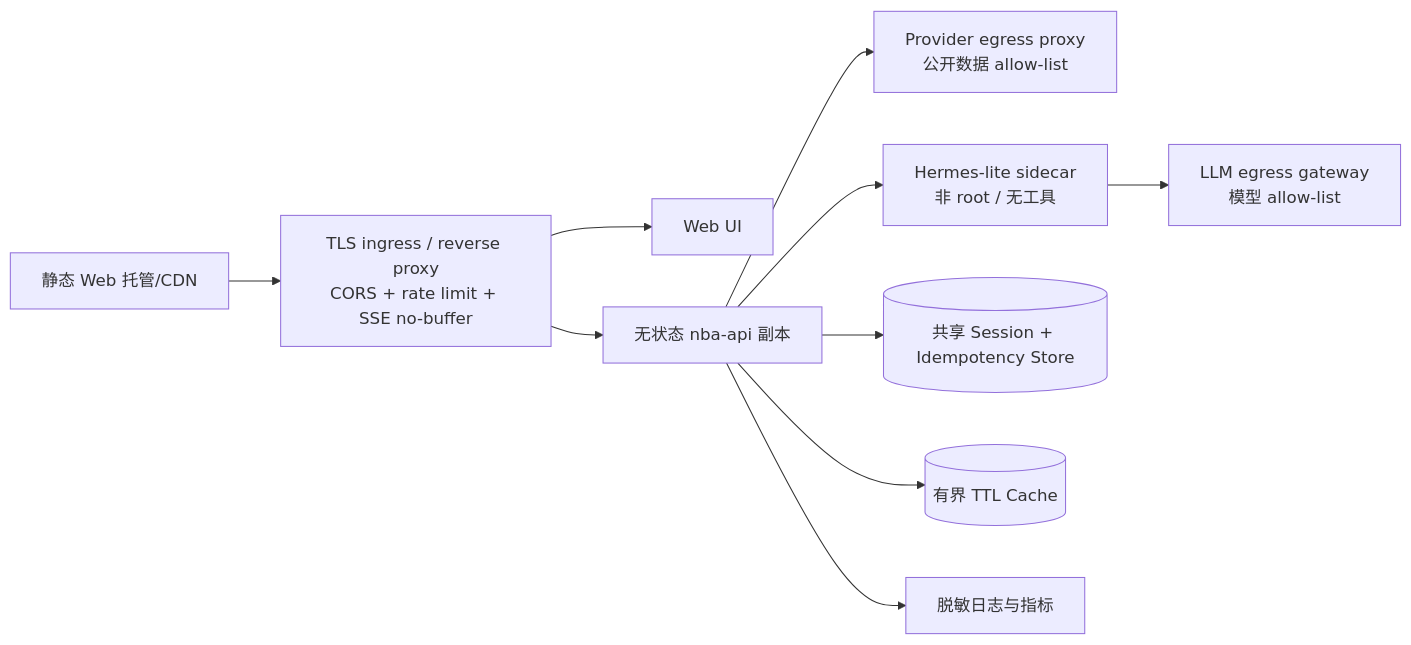
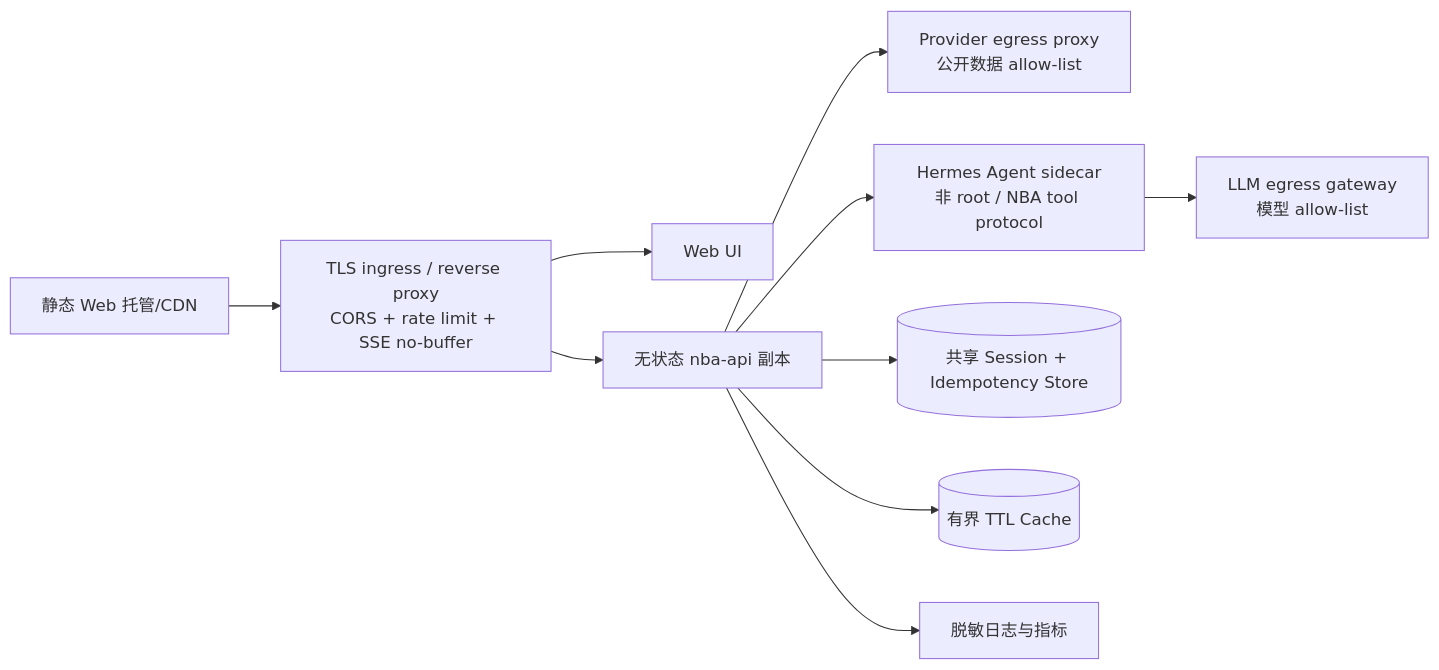
Before and after one commit to vchive/NBAAgent: the fifth of 5 diagrams in specs/001-nba-chat-agent/hld.md, drawn with Mermaid. The commit also changed other lines of this file and 43 other files, not shown here.

Commit message:
feat: integrate official Hermes NBA agent

````diff
--- a/specs/001-nba-chat-agent/hld.md
+++ b/specs/001-nba-chat-agent/hld.md
@@ -354,12 +368,12 @@
 ```mermaid
 flowchart LR
     CDN[静态 Web 托管/CDN] --> IN[TLS ingress / reverse proxy\nCORS + rate limit + SSE no-buffer]
     IN --> WEB[Web UI]
     IN --> API[无状态 nba-api 副本]
     API --> DATA[Provider egress proxy\n公开数据 allow-list]
-    API --> H[Hermes-lite sidecar\n非 root / 无工具]
+    API --> H[Hermes Agent sidecar\n非 root / NBA tool protocol]
     H --> LLM[LLM egress gateway\n模型 allow-list]
     API --> S[(共享 Session + Idempotency Store)]
     API --> CACHE[(有界 TTL Cache)]
     API --> LOG[脱敏日志与指标]
 ```
````
